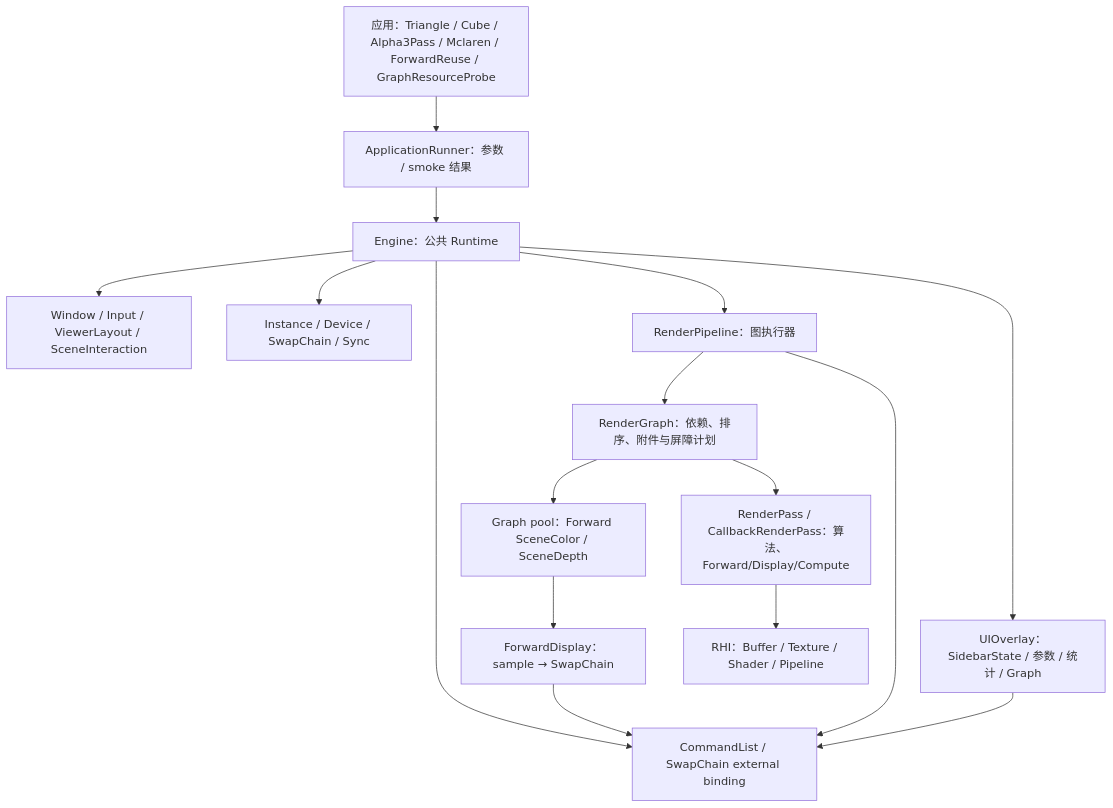
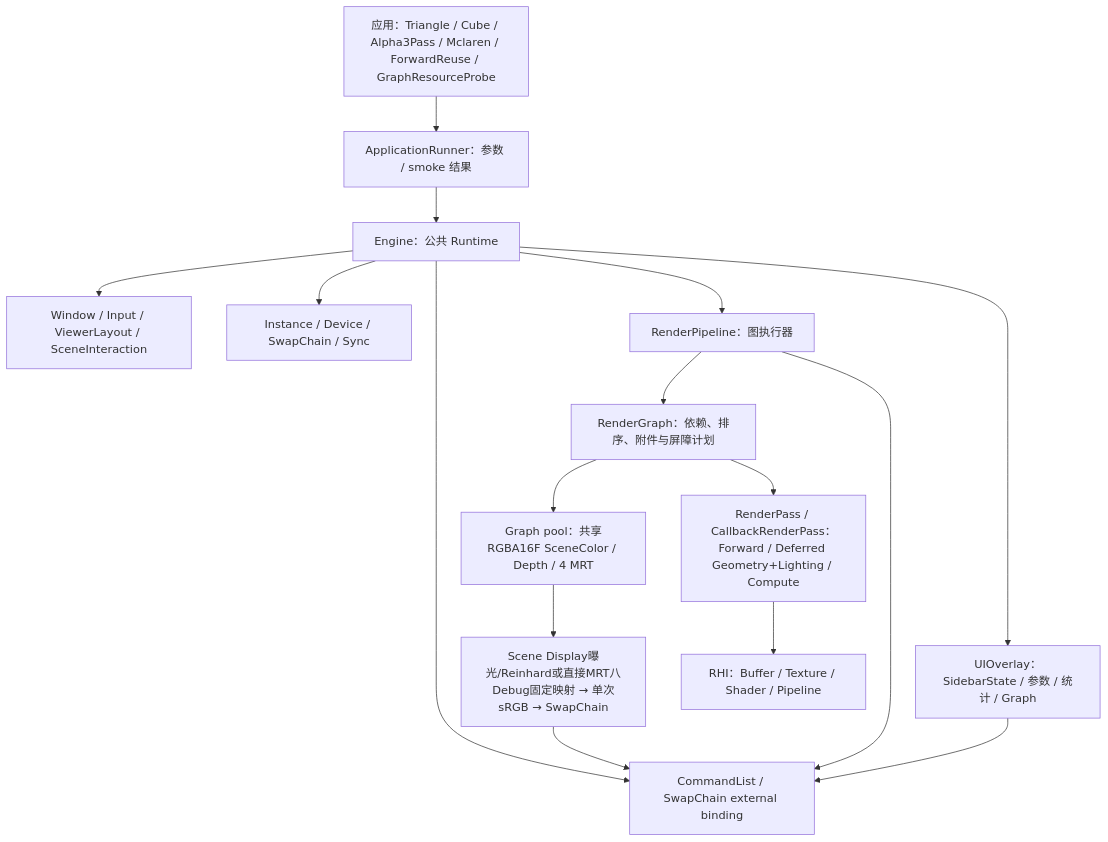
The first of 2 diagrams in docs/structure/current-architecture.md (Cyberyb/KuEngine), drawn with Mermaid before and after one commit. The commit also changed other lines of this file and 122 other files, not shown here.

````diff
--- a/docs/structure/current-architecture.md
+++ b/docs/structure/current-architecture.md
@@ -13,29 +13,29 @@
 ```mermaid
 flowchart TB
     App["应用：Triangle / Cube / Alpha3Pass / Mclaren / ForwardReuse / GraphResourceProbe"]
     Runner["ApplicationRunner：参数 / smoke 结果"]
     Runtime["Engine：公共 Runtime"]
     Platform["Window / Input / ViewerLayout / SceneInteraction"]
     Device["Instance / Device / SwapChain / Sync"]
     Frames["CommandList / SwapChain external binding"]
     Pipeline["RenderPipeline：图执行器"]
     Graph["RenderGraph：依赖、排序、附件与屏障计划"]
-    Pass["RenderPass / CallbackRenderPass：算法、Forward/Display/Compute"]
-    Targets["Graph pool：Forward SceneColor / SceneDepth"]
-    Display["ForwardDisplay：sample → SwapChain"]
+    Pass["RenderPass / CallbackRenderPass：Forward / Deferred Geometry+Lighting / Compute"]
+    Targets["Graph pool：共享RGBA16F SceneColor / Depth / 4 MRT"]
+    Display["Scene Display曝光/Reinhard或直接MRT八Debug固定映射 → 单次sRGB → SwapChain"]
     UI["UIOverlay：SidebarState / 参数 / 统计 / Graph"]
     App --> Runner --> Runtime
     Runtime --> Platform
     Runtime --> Device
     Runtime --> Frames
     Runtime --> Pipeline
     Pipeline --> Graph
     Graph --> Pass
     Graph --> Targets
     Targets --> Display
     Display --> Frames
     Runtime --> UI
     Pass --> RHI["RHI：Buffer / Texture / Shader / Pipeline"]
     Pipeline --> Frames
     UI --> Frames
 ```
````
